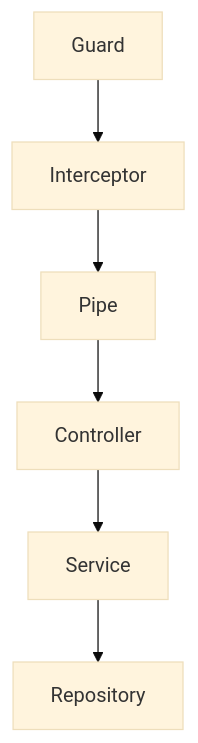
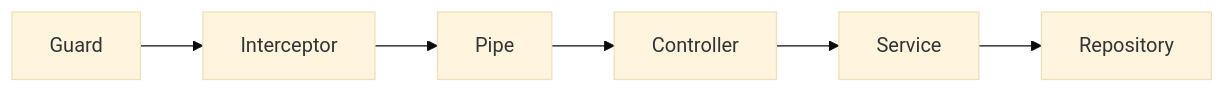
One commit to MinkeySon/nest-study changed the first of 2 diagrams in record/7-guard.md. Above: the diagram before and after it, drawn with Mermaid (base theme). The commit also changed other lines of this file, not shown here.

````diff
--- a/record/7-guard.md
+++ b/record/7-guard.md
@@ -10,8 +13,8 @@
 ```mermaid
-flowchart TD
+flowchart LR
   A[Guard] --> B[Interceptor]
   B --> C[Pipe]
   C --> D[Controller]
   D --> E[Service]
   E --> F[Repository]
 ```
````
